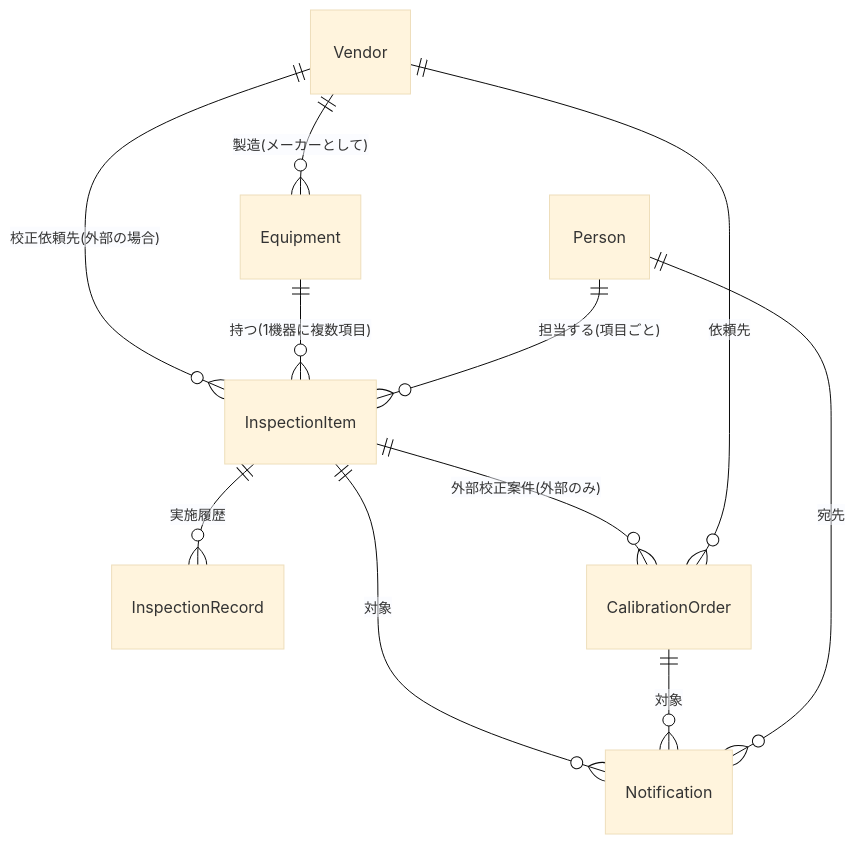
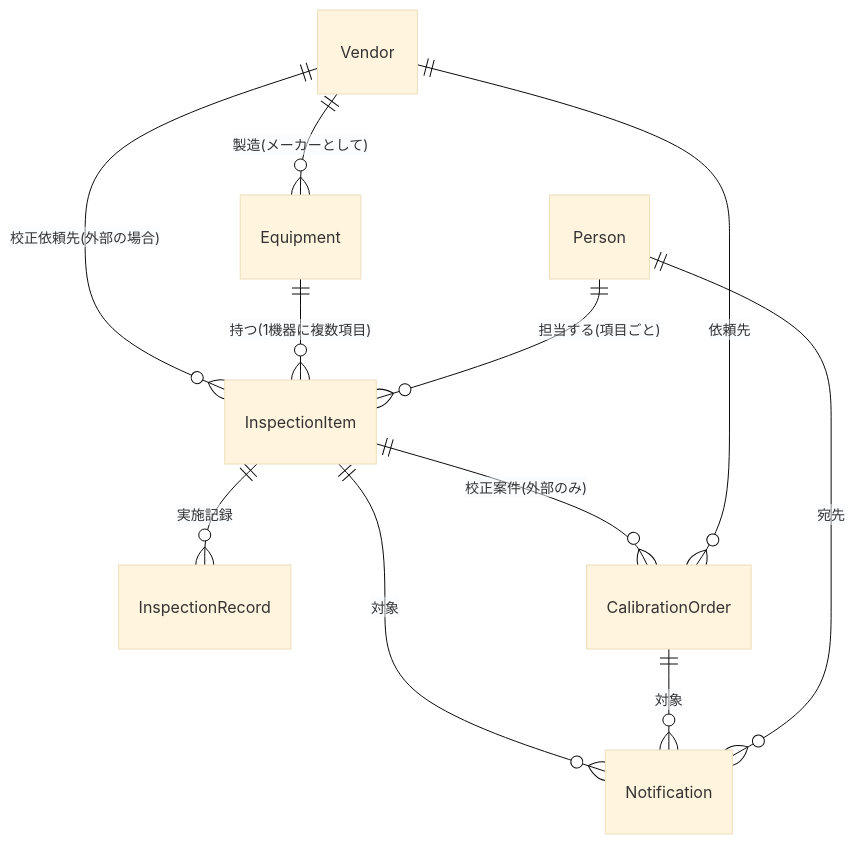
The diagram in docs/domain-model.md (KyoheiTashiro/calibration-manager), drawn with Mermaid (base theme) before and after one commit. The commit also changed other lines of this file and 34 other files, not shown here.

Commit message:
drop "external" qualifier from calibration order terminology

````diff
--- a/docs/domain-model.md
+++ b/docs/domain-model.md
@@ -23,13 +23,13 @@
 ```mermaid
 erDiagram
     Vendor ||--o{ Equipment : "製造(メーカーとして)"
     Vendor ||--o{ InspectionItem : "校正依頼先(外部の場合)"
     Equipment ||--o{ InspectionItem : "持つ(1機器に複数項目)"
     Person ||--o{ InspectionItem : "担当する(項目ごと)"
-    InspectionItem ||--o{ InspectionRecord : "実施履歴"
-    InspectionItem ||--o{ CalibrationOrder : "外部校正案件(外部のみ)"
+    InspectionItem ||--o{ InspectionRecord : "実施記録"
+    InspectionItem ||--o{ CalibrationOrder : "校正案件(外部のみ)"
     Vendor ||--o{ CalibrationOrder : "依頼先"
     InspectionItem ||--o{ Notification : "対象"
     CalibrationOrder ||--o{ Notification : "対象"
     Person ||--o{ Notification : "宛先"
 ```
````
